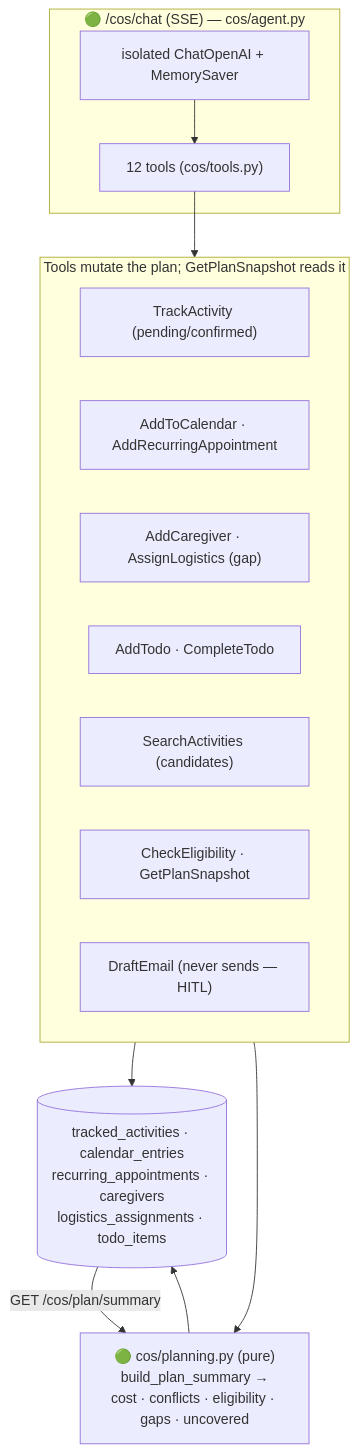
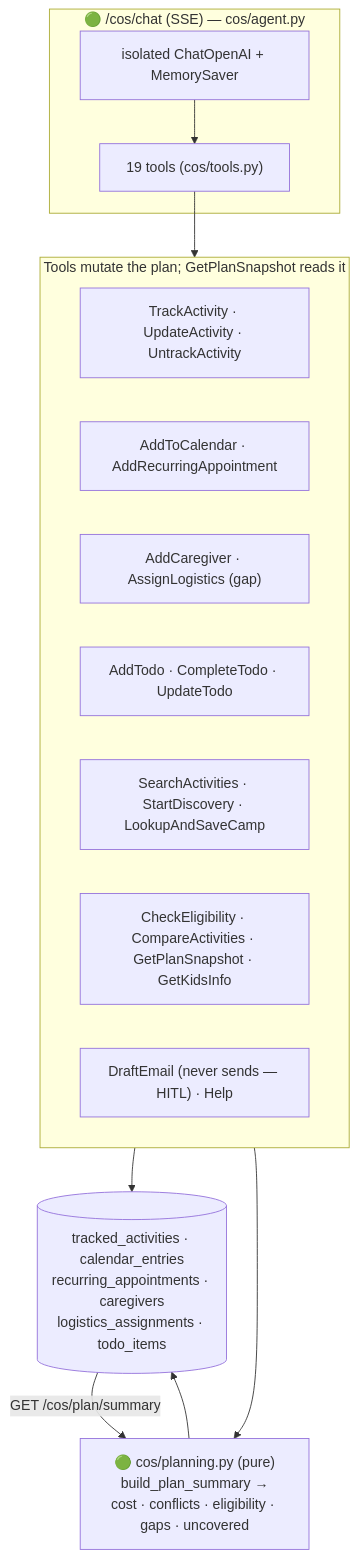
Before and after one commit to artesanobuilds/parent-app: the fourth of 6 diagrams in docs/system-architecture.md, drawn with Mermaid. The commit also changed other lines of this file and 1 other file, not shown here.

First line of the commit message:
docs: refresh roadmap + system-architecture to shipped/deployed state

````diff
--- a/docs/system-architecture.md
+++ b/docs/system-architecture.md
@@ -156,26 +172,26 @@
 ```mermaid
 flowchart TB
     subgraph COSAgent["🟢 /cos/chat (SSE) — cos/agent.py"]
         LLM["isolated ChatOpenAI + MemorySaver"]
-        TOOLS["12 tools (cos/tools.py)"]
+        TOOLS["19 tools (cos/tools.py)"]
     end
 
     subgraph Tools["Tools mutate the plan; GetPlanSnapshot reads it"]
-        T1["TrackActivity (pending/confirmed)"]
+        T1["TrackActivity · UpdateActivity · UntrackActivity"]
         T2["AddToCalendar · AddRecurringAppointment"]
         T3["AddCaregiver · AssignLogistics (gap)"]
-        T4["AddTodo · CompleteTodo"]
-        T5["SearchActivities (candidates)"]
-        T6["CheckEligibility · GetPlanSnapshot"]
-        T7["DraftEmail (never sends — HITL)"]
+        T4["AddTodo · CompleteTodo · UpdateTodo"]
+        T5["SearchActivities · StartDiscovery · LookupAndSaveCamp"]
+        T6["CheckEligibility · CompareActivities · GetPlanSnapshot · GetKidsInfo"]
+        T7["DraftEmail (never sends — HITL) · Help"]
     end
 
     PLAN["🟢 cos/planning.py (pure)<br/>build_plan_summary →<br/>cost · conflicts · eligibility · gaps · uncovered"]
     STORE[("tracked_activities · calendar_entries<br/>recurring_appointments · caregivers<br/>logistics_assignments · todo_items")]
 
     LLM --> TOOLS --> Tools
     Tools --> STORE
     Tools --> PLAN
     PLAN --> STORE
     STORE -->|"GET /cos/plan/summary"| PLAN
 ```
````
